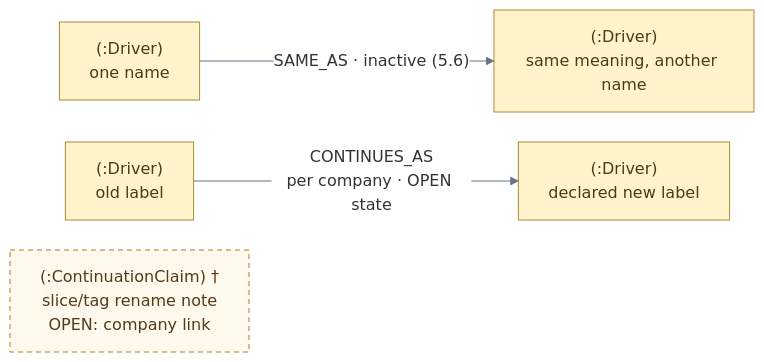
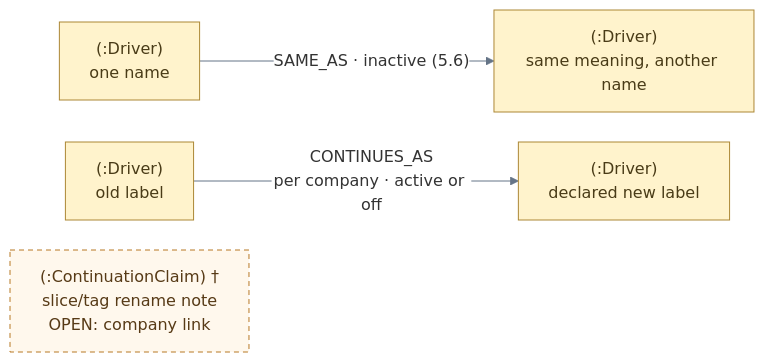
One commit to faisalanjum/EventTrader changed the sixth of 15 diagrams in .claude/plans/Drivers/DriversFinal/DRIVER_RULES.md. Above: the diagram before and after it, drawn with Mermaid. The commit also changed other lines of this file and 2 other files, not shown here.

````diff
--- a/.claude/plans/Drivers/DriversFinal/DRIVER_RULES.md
+++ b/.claude/plans/Drivers/DriversFinal/DRIVER_RULES.md
@@ -172,15 +172,15 @@
 ```mermaid
 %%{init: {"theme":"base","flowchart":{"curve":"linear","nodeSpacing":30,"rankSpacing":45,"htmlLabels":true},"themeVariables":{"fontFamily":"Arial","fontSize":"16px","lineColor":"#657487","edgeLabelBackground":"#ffffff"}}}%%
 flowchart LR
     synonymA["(:Driver)<br/>one name"]
     synonymB["(:Driver)<br/>same meaning, another name"]
     oldName["(:Driver)<br/>old label"]
     newName["(:Driver)<br/>declared new label"]
     claim["(:ContinuationClaim) †<br/>slice/tag rename note<br/>OPEN: company link"]
     synonymA -->|"SAME_AS · inactive (5.6)"| synonymB
-    oldName -->|"CONTINUES_AS<br/>per company · OPEN state"| newName
+    oldName -->|"CONTINUES_AS<br/>per company · active or off"| newName
     classDef driver fill:#fff3cc,stroke:#ac8735,color:#493b17
     classDef pending fill:#fff8ed,stroke:#b77824,stroke-dasharray:5 4,color:#573a16
     class synonymA,synonymB,oldName,newName driver
     class claim pending
 ```
````
